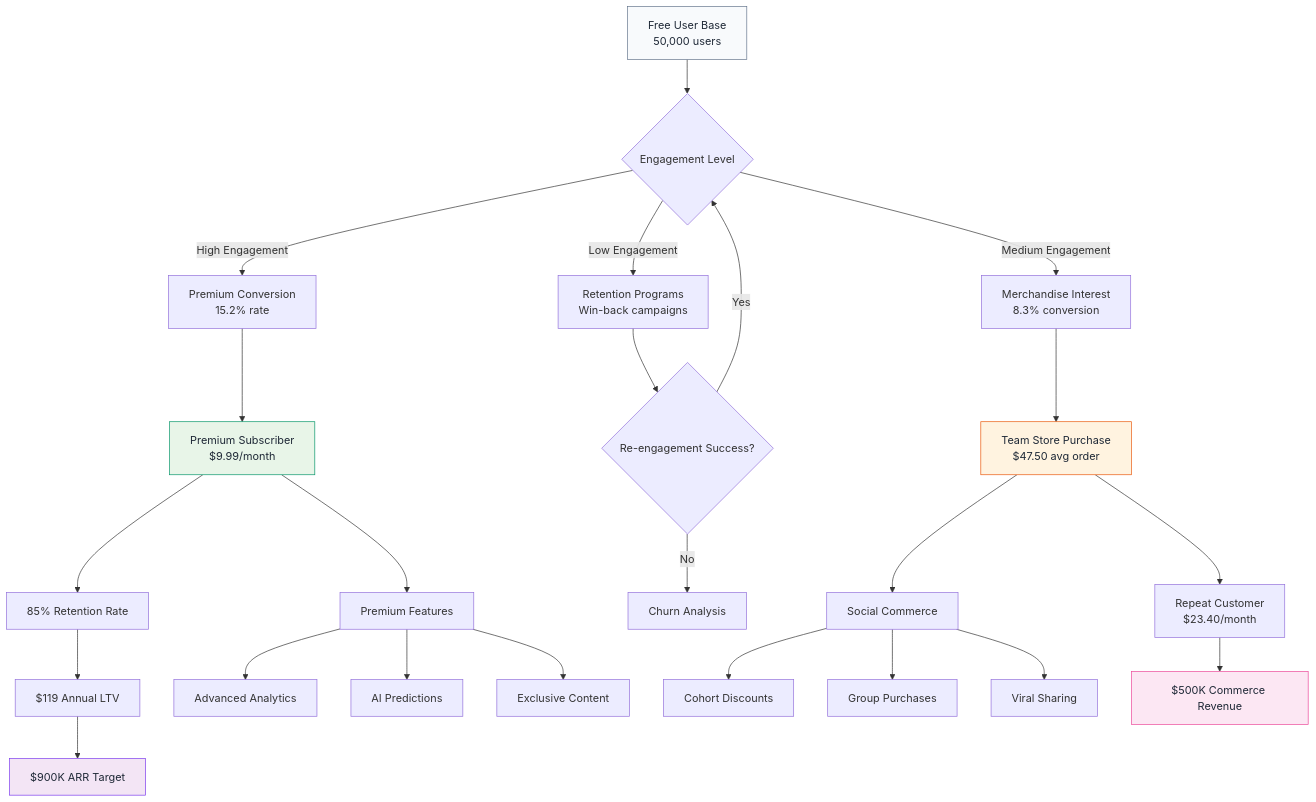
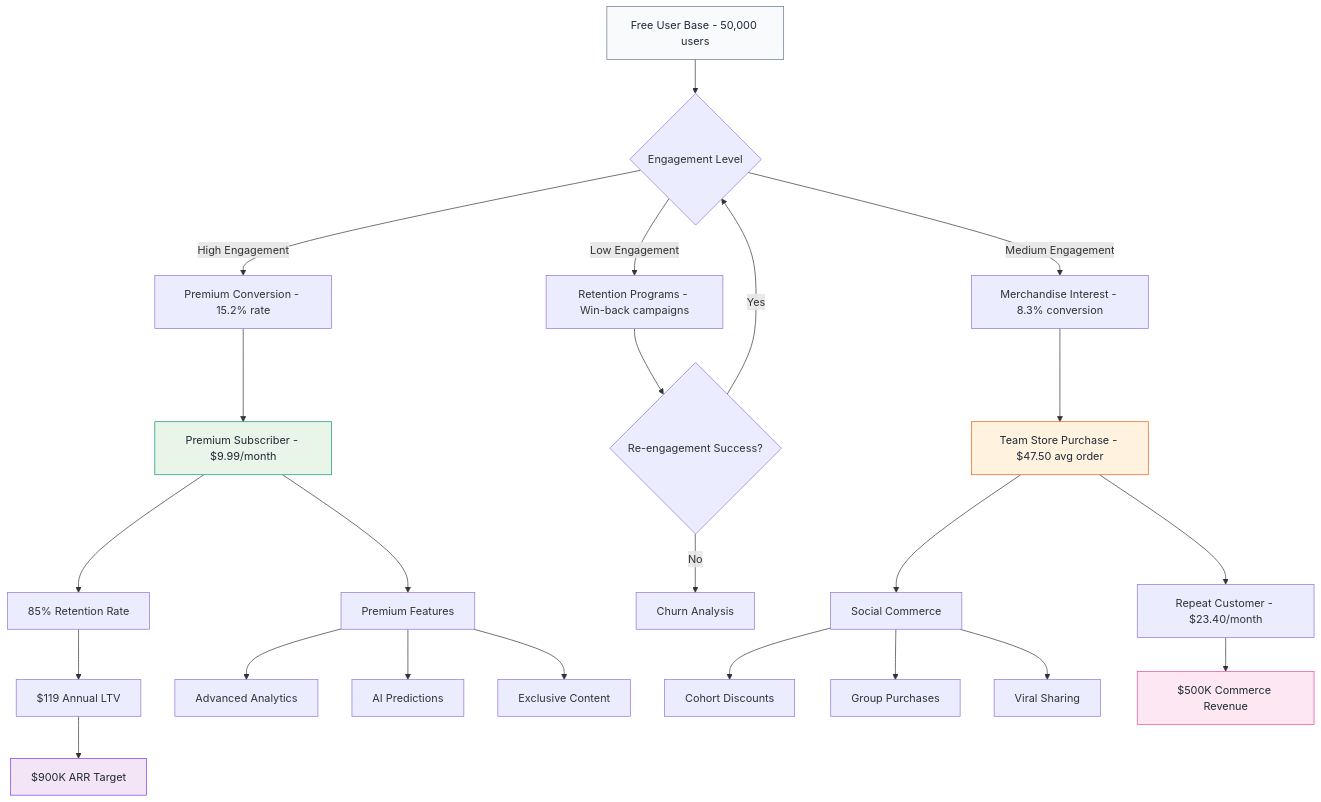
Before and after one commit to SkaFld-Ignite/ref-u-wireframes: the third of 9 diagrams in docs/investor-flows.md, drawn with Mermaid. The commit also changed other lines of this file, not shown here.

Commit message:
Fix Mermaid parse error: Remove HTML tags and special characters causing parsing issues

````diff
--- a/docs/investor-flows.md
+++ b/docs/investor-flows.md
@@ -102,38 +102,38 @@
 ```mermaid
 graph TD
-    A[Free User Base<br/>50,000 users] --> B{Engagement Level}
+    A[Free User Base - 50,000 users] --> B{Engagement Level}
     
-    B -->|High Engagement| C[Premium Conversion<br/>15.2% rate]
-    B -->|Medium Engagement| D[Merchandise Interest<br/>8.3% conversion]
-    B -->|Low Engagement| E[Retention Programs<br/>Win-back campaigns]
+    B -->|High Engagement| C[Premium Conversion - 15.2% rate]
+    B -->|Medium Engagement| D[Merchandise Interest - 8.3% conversion]
+    B -->|Low Engagement| E[Retention Programs - Win-back campaigns]
     
-    C --> F[Premium Subscriber<br/>$9.99/month]
+    C --> F[Premium Subscriber - $9.99/month]
     F --> G[85% Retention Rate]
     G --> H[$119 Annual LTV]
     
-    D --> I[Team Store Purchase<br/>$47.50 avg order]
-    I --> J[Repeat Customer<br/>$23.40/month]
+    D --> I[Team Store Purchase - $47.50 avg order]
+    I --> J[Repeat Customer - $23.40/month]
     
     E --> K{Re-engagement Success?}
     K -->|Yes| B
     K -->|No| L[Churn Analysis]
     
     F --> M[Premium Features]
     M --> N[Advanced Analytics]
     M --> O[AI Predictions]
     M --> P[Exclusive Content]
     
     I --> Q[Social Commerce]
     Q --> R[Cohort Discounts]
     Q --> S[Group Purchases]
     Q --> T[Viral Sharing]
     
     H --> U[$900K ARR Target]
     J --> V[$500K Commerce Revenue]
     
     style A fill:#f8fafc,stroke:#64748b,color:#1f2937
     style F fill:#e8f5e8,stroke:#059669,color:#1f2937
     style I fill:#fff3e0,stroke:#ea580c,color:#1f2937
     style U fill:#f3e5f5,stroke:#7c3aed,color:#1f2937
     style V fill:#fce7f3,stroke:#ec4899,color:#1f2937
 ```
````
